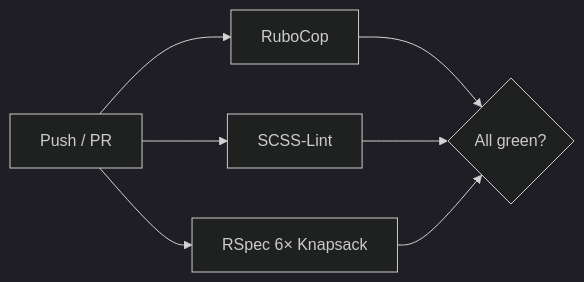
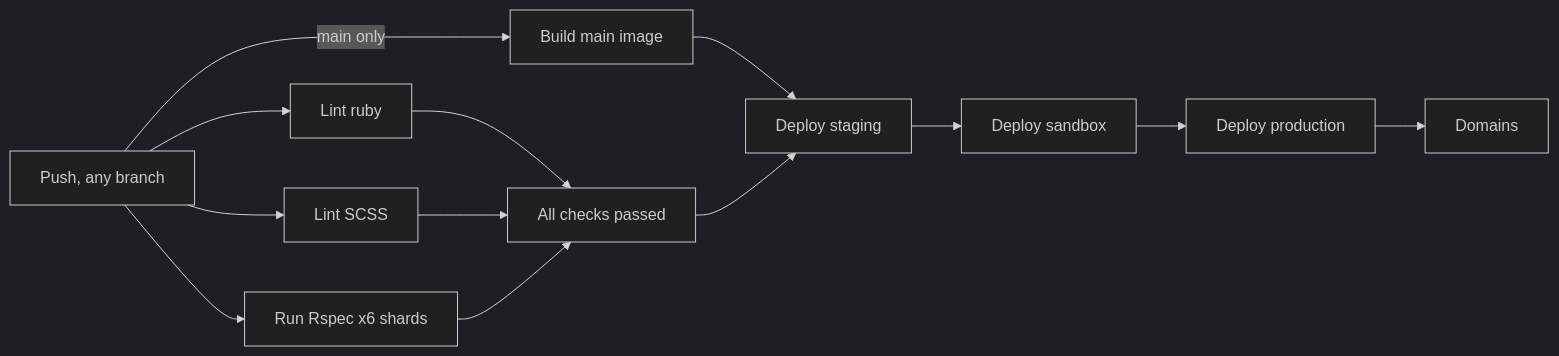
One commit to DFE-Digital/teacher-training-entitlement changed the diagram in documentation/development/specs-and-linting.md. Above: the diagram before and after it, drawn with Mermaid (dark theme). The commit also changed other lines of this file and 6 other files, not shown here.

````diff
--- a/documentation/development/specs-and-linting.md
+++ b/documentation/development/specs-and-linting.md
@@ -122,9 +126,13 @@
 ```mermaid
 flowchart LR
-    A[Push / PR] --> B[RuboCop]
-    A --> C[SCSS-Lint]
-    A --> D[RSpec 6× Knapsack]
-    B --> E{All green?}
-    C --> E
-    D --> E
+    P[Push, any branch] --> L1[Lint ruby]
+    P --> L2[Lint SCSS]
+    P --> T[Run Rspec x6 shards]
+    L1 --> A[All checks passed]
+    L2 --> A
+    T --> A
+    P -->|main only| B[Build main image]
+    B --> S[Deploy staging]
+    A --> S
+    S --> SB[Deploy sandbox] --> PR[Deploy production] --> D[Domains]
 ```
````
